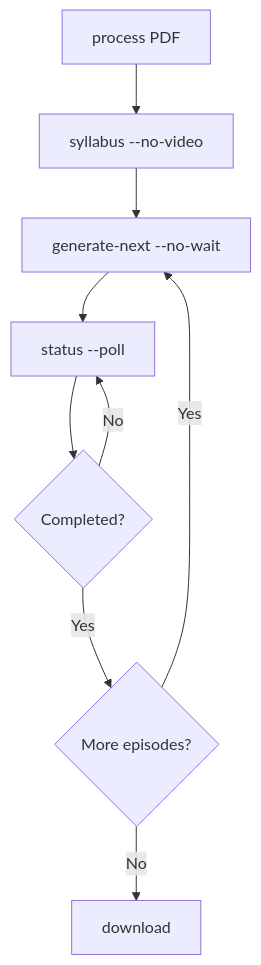
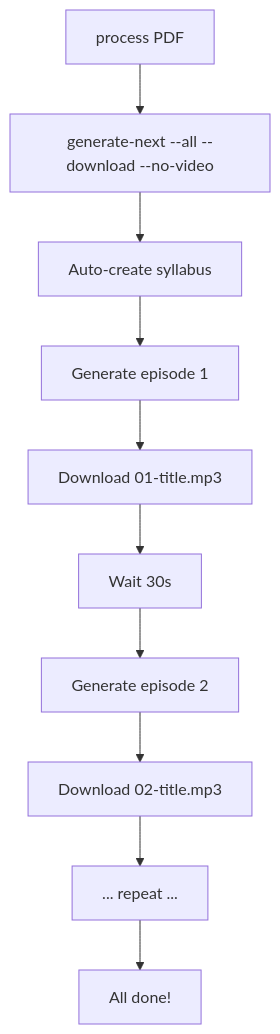
One commit to NetDevAutomate/notebooklm-pdf-by-chapters changed the third of 3 diagrams in docs/use-cases.md. Above: the diagram before and after it, drawn with Mermaid. The commit also changed other lines of this file and 5 other files, not shown here.

First line of the commit message:
docs: update all docs for --all, --download, title case, and API errors

````diff
--- a/docs/use-cases.md
+++ b/docs/use-cases.md
@@ -135,11 +135,12 @@
 ```mermaid
 flowchart TD
-    A[process PDF] --> B[syllabus --no-video]
-    B --> C[generate-next --no-wait]
-    C --> D[status --poll]
-    D --> E{Completed?}
-    E -->|No| D
-    E -->|Yes| F{More episodes?}
-    F -->|Yes| C
-    F -->|No| G[download]
+    A[process PDF] --> B["generate-next --all --download --no-video"]
+    B --> C[Auto-create syllabus]
+    C --> D[Generate episode 1]
+    D --> E[Download 01-title.mp3]
+    E --> F[Wait 30s]
+    F --> G[Generate episode 2]
+    G --> H[Download 02-title.mp3]
+    H --> I[... repeat ...]
+    I --> J[All done!]
 ```
````
